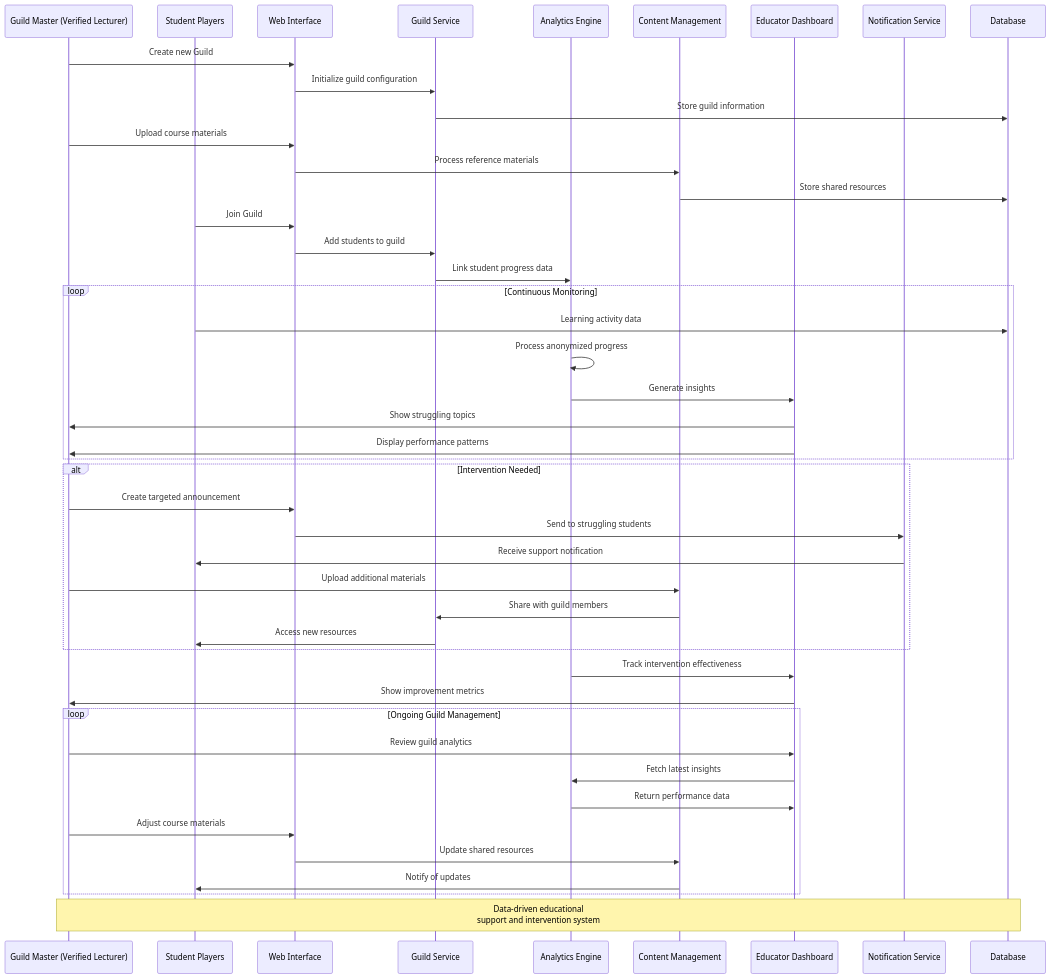
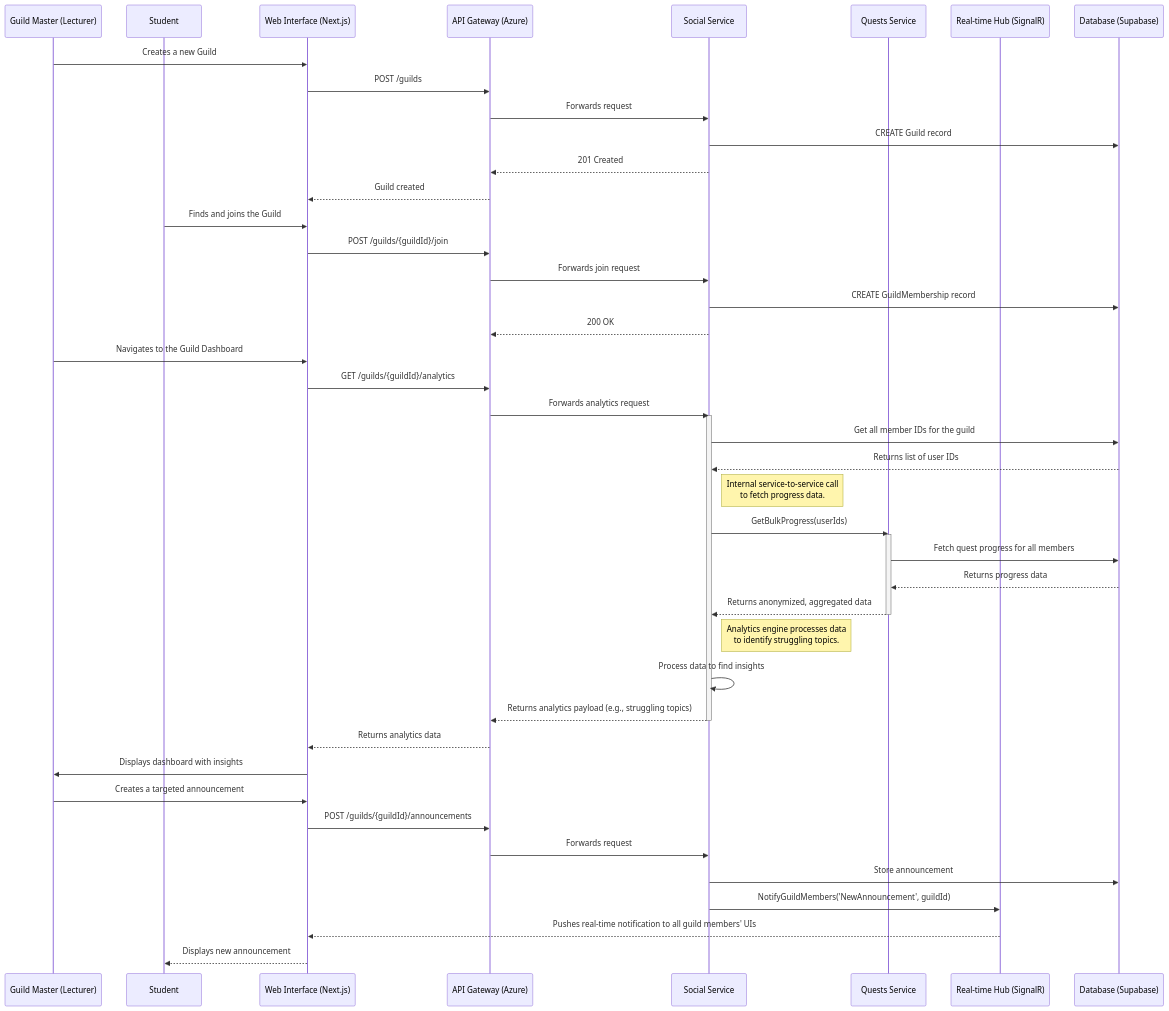
Before and after one commit to FA25SE050-RogueLearn/RogueLearn.BMAD.Documentation: the diagram in mermaid-diagrams/sequence/05-guild-management.md, drawn with Mermaid. The commit also changed 9 other files, not shown here.

Commit message:
update: all sequence diagrams to suit new database schema

````diff
--- a/mermaid-diagrams/sequence/05-guild-management.md
+++ b/mermaid-diagrams/sequence/05-guild-management.md
@@ -3,58 +3,63 @@
 ```mermaid
 sequenceDiagram
-    participant Educator as Guild Master (Verified Lecturer)
-    participant Students as Student Players
-    participant UI as Web Interface
-    participant Guild as Guild Service
-    participant Analytics as Analytics Engine
-    participant Content as Content Management
-    participant Dashboard as Educator Dashboard
-    participant Notify as Notification Service
-    participant DB as Database
+    participant GM as Guild Master (Lecturer)
+    participant S as Student
+    participant UI as Web Interface (Next.js)
+    participant APIGateway as API Gateway (Azure)
+    participant SocialService as Social Service
+    participant QuestsService as Quests Service
+    participant RealtimeHub as Real-time Hub (SignalR)
+    participant Database as Database (Supabase)
 
-    Educator->>UI: Create new Guild
-    UI->>Guild: Initialize guild configuration
-    Guild->>DB: Store guild information
+    %% Step 1: Guild Master creates a Guild %%
+    GM->>UI: Creates a new Guild
+    UI->>APIGateway: POST /guilds
+    APIGateway->>SocialService: Forwards request
+    SocialService->>Database: CREATE Guild record
+    SocialService-->>APIGateway: 201 Created
+    APIGateway-->>UI: Guild created
+
+    %% Step 2: Student joins the Guild %%
+    S->>UI: Finds and joins the Guild
+    UI->>APIGateway: POST /guilds/{guildId}/join
+    APIGateway->>SocialService: Forwards join request
+    SocialService->>Database: CREATE GuildMembership record
+    SocialService-->>APIGateway: 200 OK
+
+    %% Step 3: Guild Master views the Analytics Dashboard %%
+    GM->>UI: Navigates to the Guild Dashboard
+    UI->>APIGateway: GET /guilds/{guildId}/analytics
+    APIGateway->>SocialService: Forwards analytics request
     
-    Educator->>UI: Upload course materials
-    UI->>Content: Process reference materials
-    Content->>DB: Store shared resources
+    %% Step 4: Backend services collaborate to aggregate anonymized data %%
+    activate SocialService
+    SocialService->>Database: Get all member IDs for the guild
+    Database-->>SocialService: Returns list of user IDs
     
-    Students->>UI: Join Guild
-    UI->>Guild: Add students to guild
-    Guild->>Analytics: Link student progress data
+    Note right of SocialService: Internal service-to-service call<br/>to fetch progress data.
+    SocialService->>QuestsService: GetBulkProgress(userIds)
+    activate QuestsService
+    QuestsService->>Database: Fetch quest progress for all members
+    Database-->>QuestsService: Returns progress data
+    QuestsService-->>SocialService: Returns anonymized, aggregated data
+    deactivate QuestsService
     
-    loop Continuous Monitoring
-        Students->>DB: Learning activity data
-        Analytics->>Analytics: Process anonymized progress
-        Analytics->>Dashboard: Generate insights
-        
-        Dashboard->>Educator: Show struggling topics
-        Dashboard->>Educator: Display performance patterns
-    end
+    Note right of SocialService: Analytics engine processes data<br/>to identify struggling topics.
+    SocialService->>SocialService: Process data to find insights
     
-    alt Intervention Needed
-        Educator->>UI: Create targeted announcement
-        UI->>Notify: Send to struggling students
-        Notify->>Students: Receive support notification
-        
-        Educator->>Content: Upload additional materials
-        Content->>Guild: Share with guild members
-        Guild->>Students: Access new resources
-    end
+    SocialService-->>APIGateway: Returns analytics payload (e.g., struggling topics)
+    deactivate SocialService
+    APIGateway-->>UI: Returns analytics data
+    UI->>GM: Displays dashboard with insights
+
+    %% Step 5: Guild Master takes action based on insights %%
+    GM->>UI: Creates a targeted announcement
+    UI->>APIGateway: POST /guilds/{guildId}/announcements
+    APIGateway->>SocialService: Forwards request
+    SocialService->>Database: Store announcement
     
-    Analytics->>Dashboard: Track intervention effectiveness
-    Dashboard->>Educator: Show improvement metrics
-    
-    loop Ongoing Guild Management
-        Educator->>Dashboard: Review guild analytics
-        Dashboard->>Analytics: Fetch latest insights
-        Analytics->>Dashboard: Return performance data
-        
-        Educator->>UI: Adjust course materials
-        UI->>Content: Update shared resources
-        Content->>Students: Notify of updates
-    end
-    
-    Note over Educator,DB: Data-driven educational<br/>support and intervention system
+    %% Step 6: Students are notified %%
+    SocialService->>RealtimeHub: NotifyGuildMembers('NewAnnouncement', guildId)
+    RealtimeHub-->>UI: Pushes real-time notification to all guild members' UIs
+    UI-->>S: Displays new announcement
 ```
````
